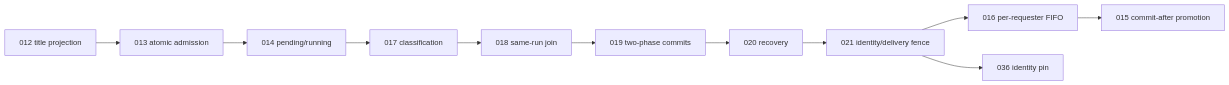
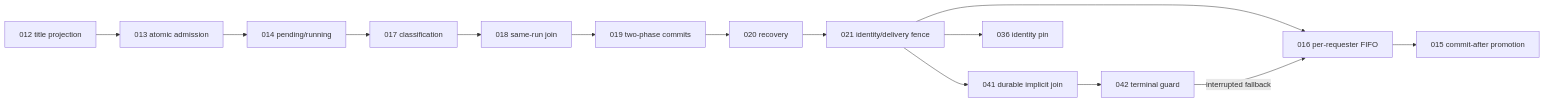
The diagram in docs/architecture/openclaw-gateway-capability-matrix.md (liangxhao/JustDo), drawn with Mermaid before and after one commit. The commit also changed other lines of this file and 9 other files, not shown here.

````diff
--- a/docs/architecture/openclaw-gateway-capability-matrix.md
+++ b/docs/architecture/openclaw-gateway-capability-matrix.md
@@ -131,13 +132,16 @@
 ```mermaid
 flowchart LR
   P12[012 title projection] --> P13[013 atomic admission]
   P13 --> P14[014 pending/running]
   P14 --> P17[017 classification]
   P17 --> P18[018 same-run join]
   P18 --> P19[019 two-phase commits]
   P19 --> P20[020 recovery]
   P20 --> P21[021 identity/delivery fence]
+  P21 --> P41[041 durable implicit join]
+  P41 --> P42[042 terminal guard]
   P21 --> P16[016 per-requester FIFO]
+  P42 -->|interrupted fallback| P16
   P16 --> P15[015 commit-after promotion]
   P21 --> P36[036 identity pin]
 ```
````
